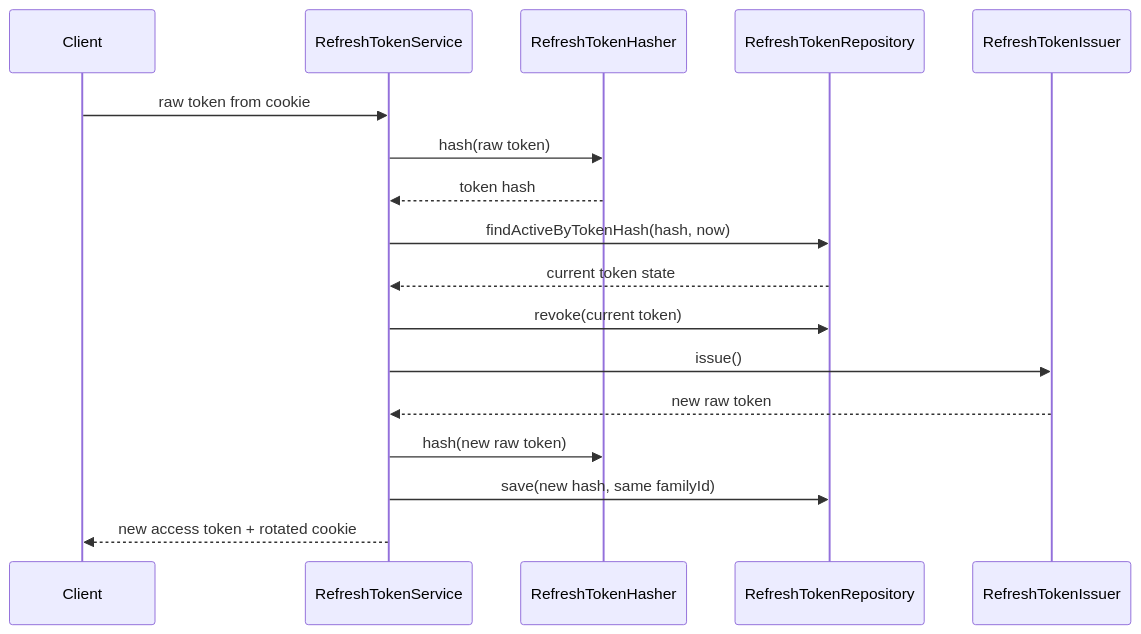
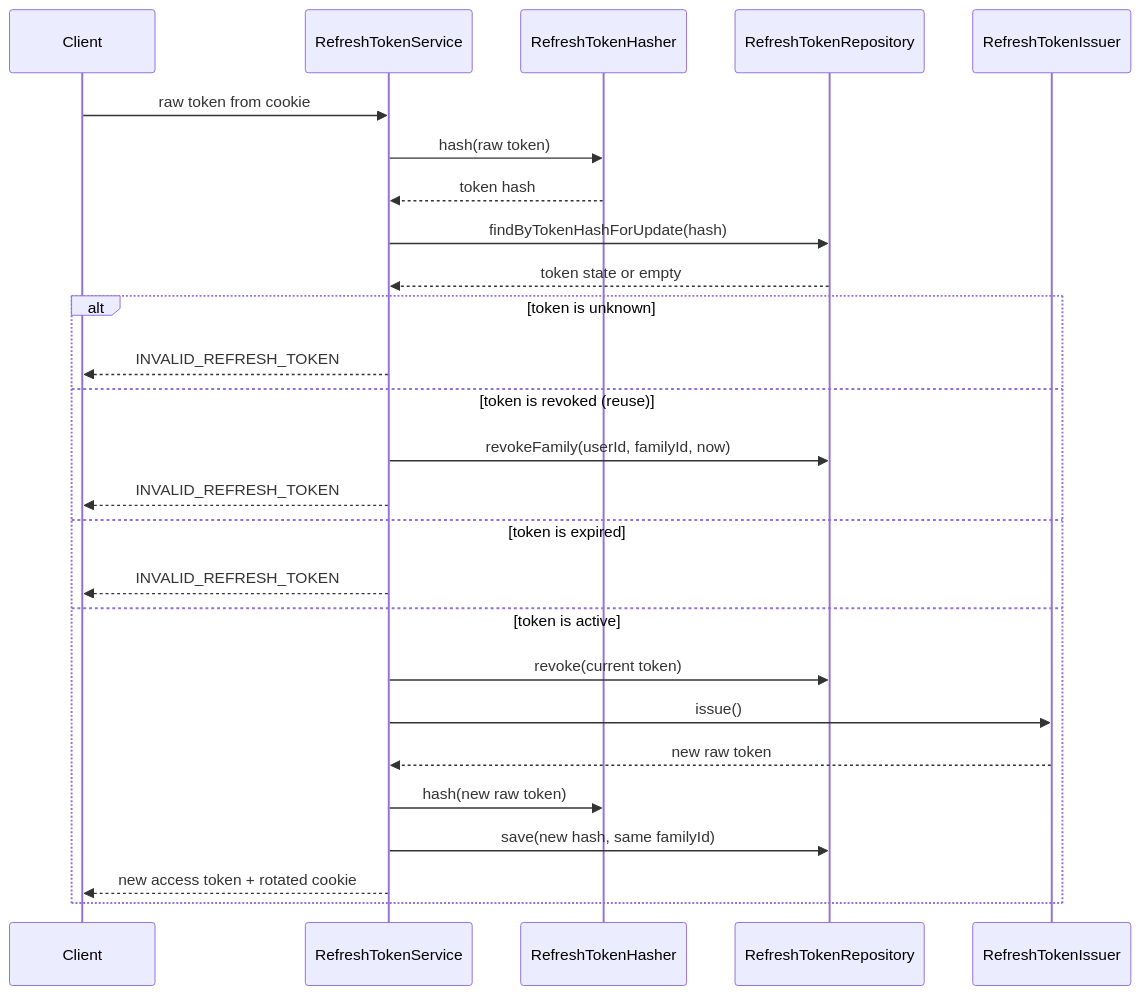
The third of 3 diagrams in docs/architecture/diagrams/identity-security.md (EdTechDevelopment/EdTech), drawn with Mermaid before and after one commit. The commit also changed other lines of this file and 7 other files, not shown here.

````diff
--- a/docs/architecture/diagrams/identity-security.md
+++ b/docs/architecture/diagrams/identity-security.md
@@ -48,20 +48,29 @@
 ```mermaid
 sequenceDiagram
     participant C as Client
     participant S as RefreshTokenService
     participant H as RefreshTokenHasher
     participant DB as RefreshTokenRepository
     participant I as RefreshTokenIssuer
 
     C->>S: raw token from cookie
     S->>H: hash(raw token)
     H-->>S: token hash
-    S->>DB: findActiveByTokenHash(hash, now)
-    DB-->>S: current token state
-    S->>DB: revoke(current token)
-    S->>I: issue()
-    I-->>S: new raw token
-    S->>H: hash(new raw token)
-    S->>DB: save(new hash, same familyId)
-    S-->>C: new access token + rotated cookie
+    S->>DB: findByTokenHashForUpdate(hash)
+    DB-->>S: token state or empty
+    alt token is unknown
+        S-->>C: INVALID_REFRESH_TOKEN
+    else token is revoked (reuse)
+        S->>DB: revokeFamily(userId, familyId, now)
+        S-->>C: INVALID_REFRESH_TOKEN
+    else token is expired
+        S-->>C: INVALID_REFRESH_TOKEN
+    else token is active
+        S->>DB: revoke(current token)
+        S->>I: issue()
+        I-->>S: new raw token
+        S->>H: hash(new raw token)
+        S->>DB: save(new hash, same familyId)
+        S-->>C: new access token + rotated cookie
+    end
 ```
````
